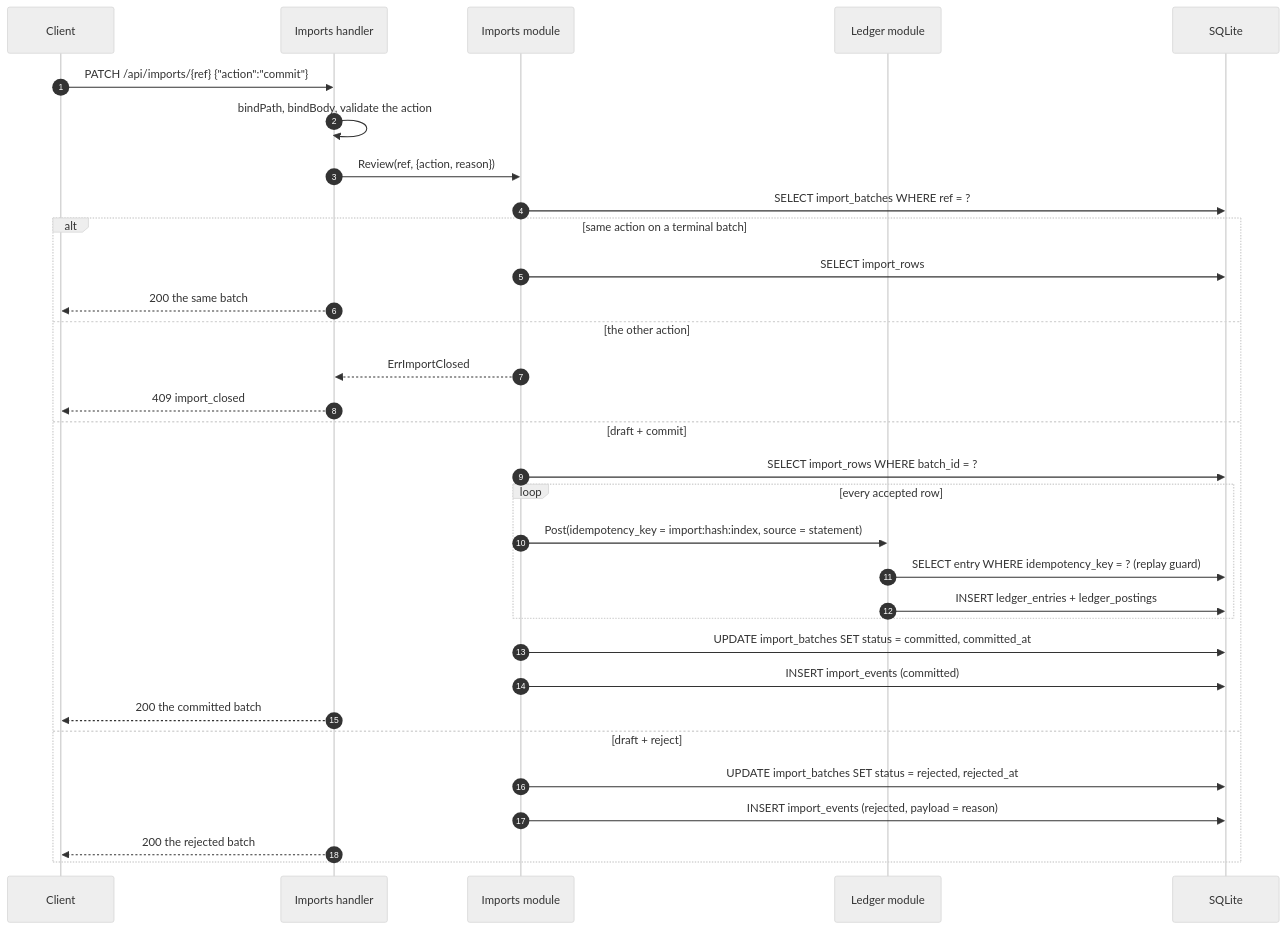
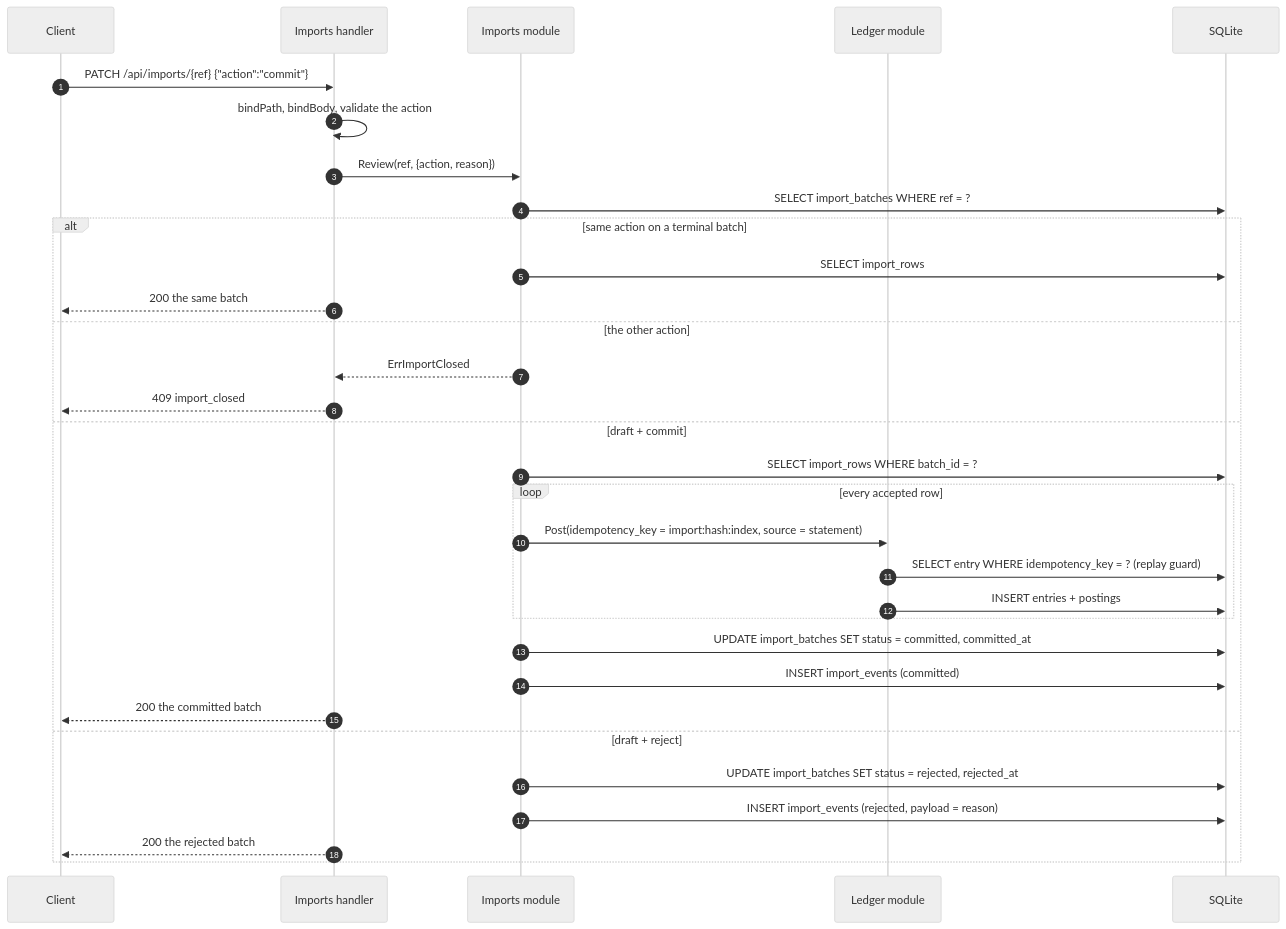
Before and after one commit to dimasbaguspm/spenicle: the diagram in docs/endpoints/PATCH_api_imports_ref.md, drawn with Mermaid (neutral theme). The commit also changed other lines of this file and 113 other files, not shown here.

````diff
--- a/docs/endpoints/PATCH_api_imports_ref.md
+++ b/docs/endpoints/PATCH_api_imports_ref.md
@@ -84,34 +84,34 @@
 ```mermaid
 sequenceDiagram
     autonumber
     participant C as Client
     participant H as Imports handler
     participant M as Imports module
     participant L as Ledger module
     participant DB as SQLite
     C->>H: PATCH /api/imports/{ref} {"action":"commit"}
     H->>H: bindPath, bindBody, validate the action
     H->>M: Review(ref, {action, reason})
     M->>DB: SELECT import_batches WHERE ref = ?
     alt same action on a terminal batch
         M->>DB: SELECT import_rows
         H-->>C: 200 the same batch
     else the other action
         M-->>H: ErrImportClosed
         H-->>C: 409 import_closed
     else draft + commit
         M->>DB: SELECT import_rows WHERE batch_id = ?
         loop every accepted row
             M->>L: Post(idempotency_key = import:hash:index, source = statement)
             L->>DB: SELECT entry WHERE idempotency_key = ? (replay guard)
-            L->>DB: INSERT ledger_entries + ledger_postings
+            L->>DB: INSERT entries + postings
         end
         M->>DB: UPDATE import_batches SET status = committed, committed_at
         M->>DB: INSERT import_events (committed)
         H-->>C: 200 the committed batch
     else draft + reject
         M->>DB: UPDATE import_batches SET status = rejected, rejected_at
         M->>DB: INSERT import_events (rejected, payload = reason)
         H-->>C: 200 the rejected batch
     end
 ```
````
